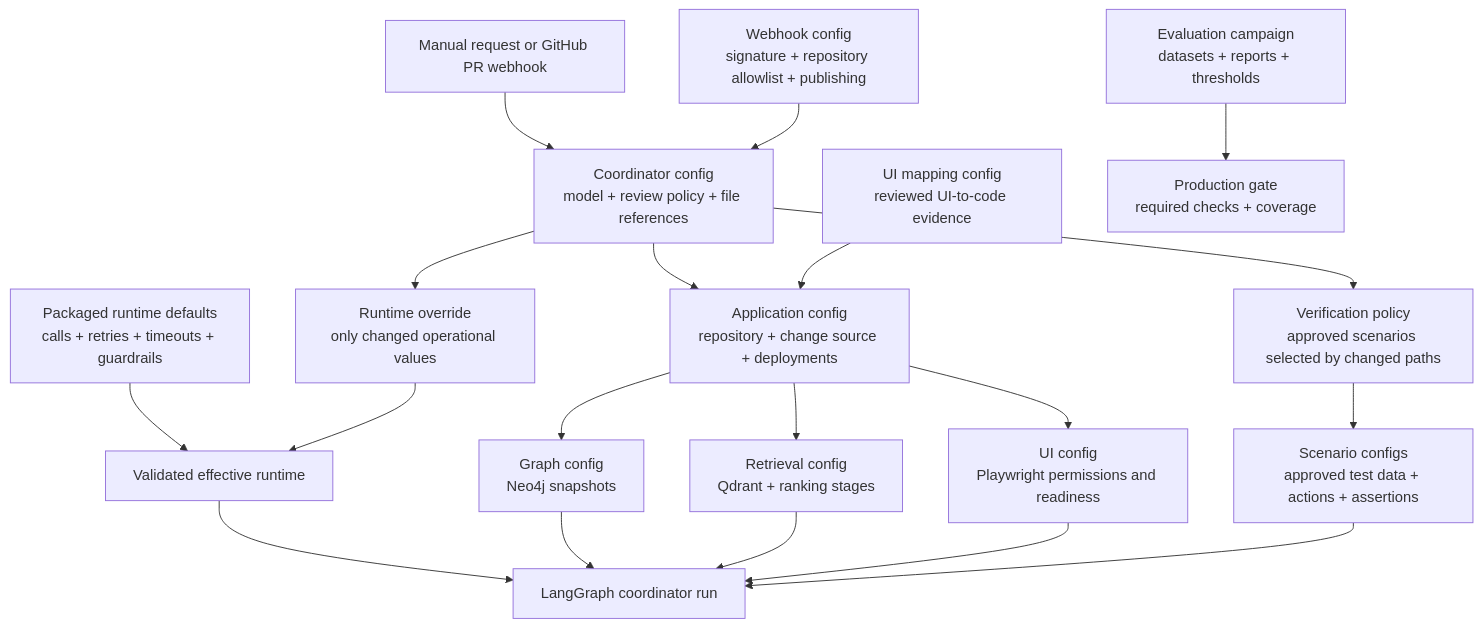
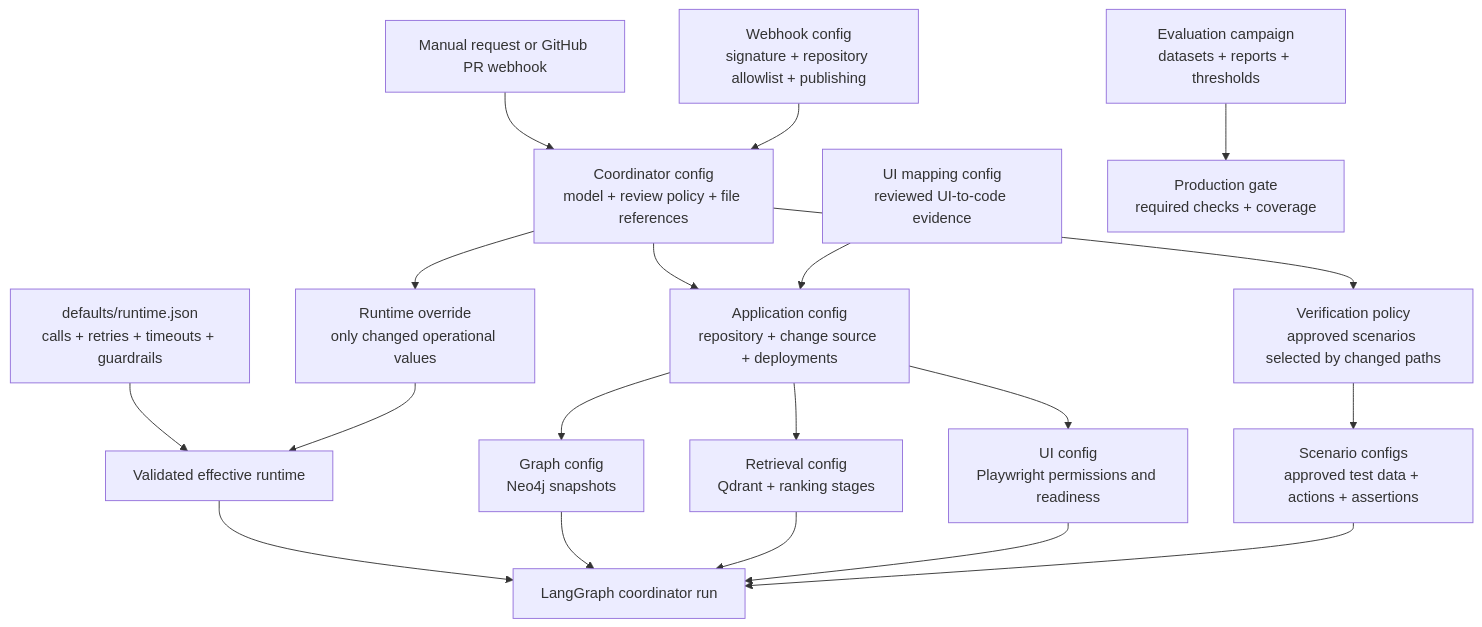
One commit to Maniteja-ai/PRAgent changed the diagram in packages/coordinator/configs/README.md. Above: the diagram before and after it, drawn with Mermaid. The commit also changed other lines of this file and 6 other files, not shown here.

Commit message:
Centralize runtime defaults under configs

````diff
--- a/packages/coordinator/configs/README.md
+++ b/packages/coordinator/configs/README.md
@@ -6,27 +6,27 @@
 ```mermaid
 flowchart TD
     EVENT["Manual request or GitHub PR webhook"] --> MAIN["Coordinator config<br/>model + review policy + file references"]
 
     MAIN --> APP["Application config<br/>repository + change source + deployments"]
     MAIN --> OVERRIDE["Runtime override<br/>only changed operational values"]
     MAIN --> VERIFY["Verification policy<br/>approved scenarios selected by changed paths"]
 
-    DEFAULTS["Packaged runtime defaults<br/>calls + retries + timeouts + guardrails"] --> EFFECTIVE["Validated effective runtime"]
+    DEFAULTS["defaults/runtime.json<br/>calls + retries + timeouts + guardrails"] --> EFFECTIVE["Validated effective runtime"]
     OVERRIDE --> EFFECTIVE
 
     APP --> GRAPH["Graph config<br/>Neo4j snapshots"]
     APP --> RETRIEVAL["Retrieval config<br/>Qdrant + ranking stages"]
     APP --> UI["UI config<br/>Playwright permissions and readiness"]
 
     VERIFY --> SCENARIOS["Scenario configs<br/>approved test data + actions + assertions"]
 
     EFFECTIVE --> AGENT["LangGraph coordinator run"]
     GRAPH --> AGENT
     RETRIEVAL --> AGENT
     UI --> AGENT
     SCENARIOS --> AGENT
 
     WEBHOOK["Webhook config<br/>signature + repository allowlist + publishing"] --> MAIN
     MAPPING["UI mapping config<br/>reviewed UI-to-code evidence"] --> APP
     EVAL["Evaluation campaign<br/>datasets + reports + thresholds"] --> RELEASE["Production gate<br/>required checks + coverage"]
 ```
````
